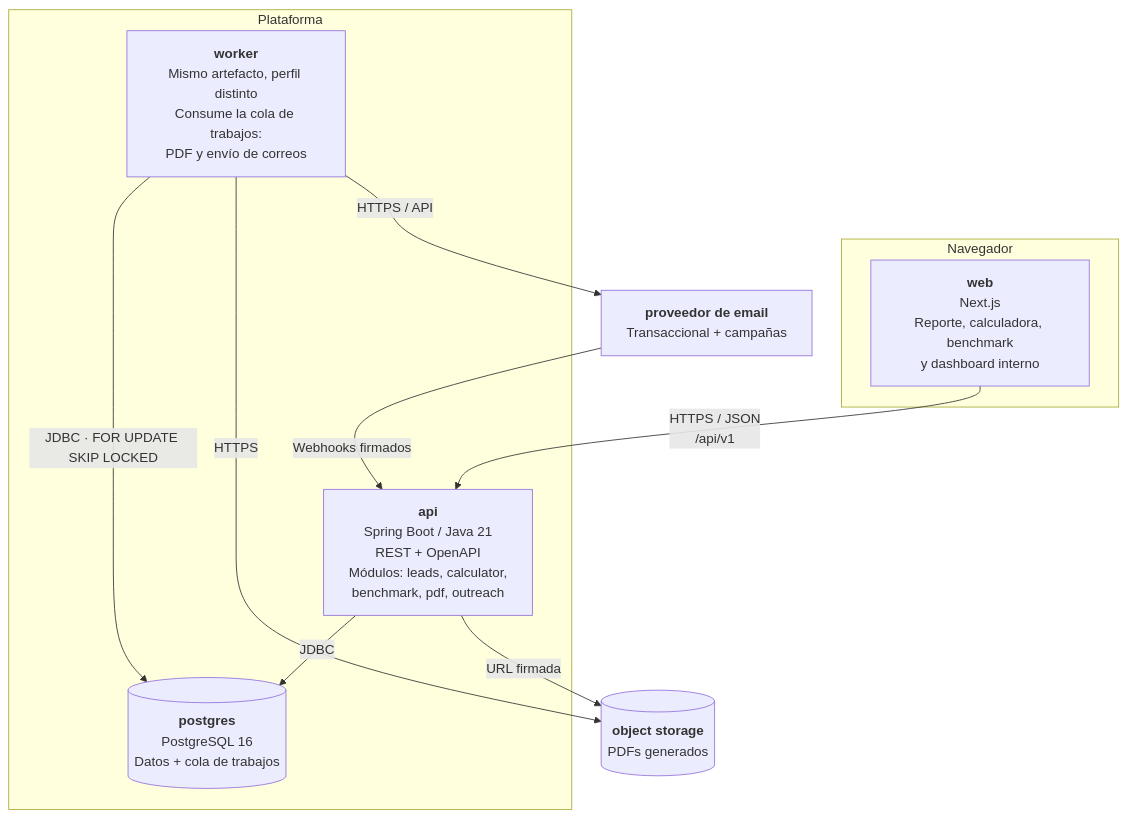
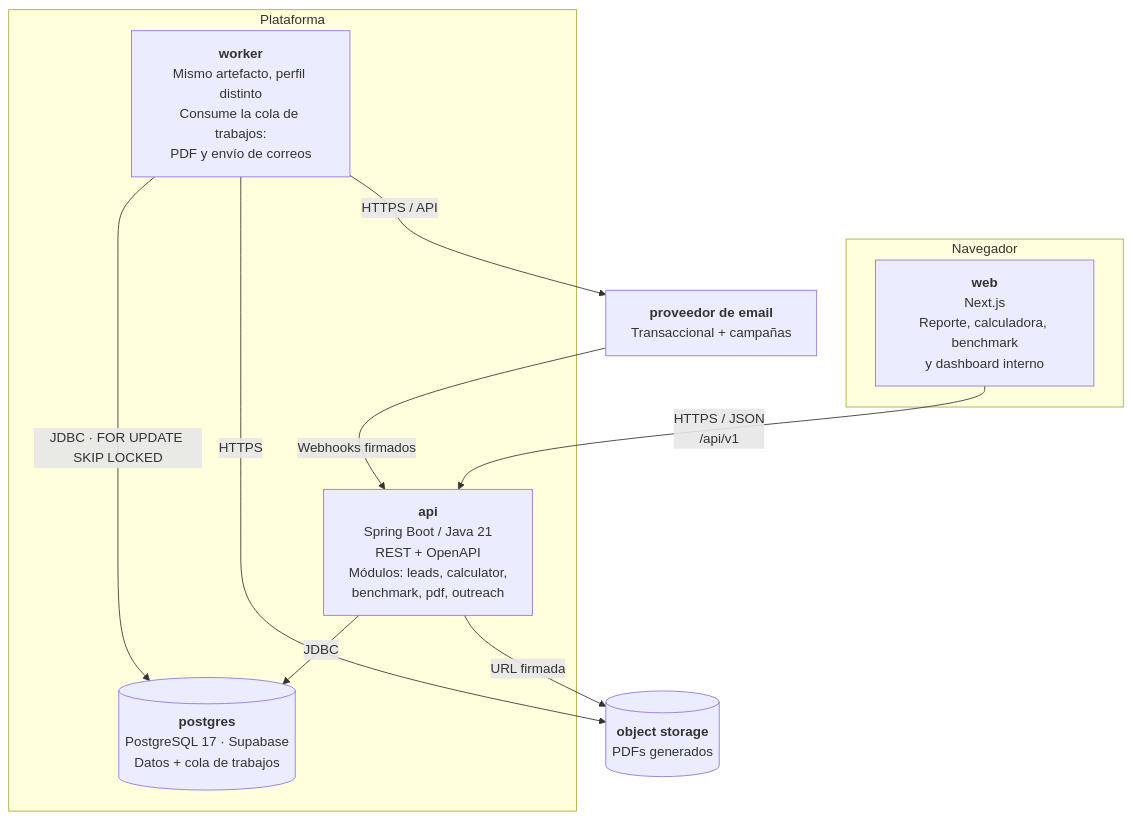
The diagram in docs/architecture/c2-contenedores.md (No-Country-simulation/S07-26-Team-11), drawn with Mermaid before and after one commit. The commit also changed other lines of this file and 4 other files, not shown here.

````diff
--- a/docs/architecture/c2-contenedores.md
+++ b/docs/architecture/c2-contenedores.md
@@ -5,23 +5,23 @@
 ```mermaid
 graph TB
     subgraph cliente["Navegador"]
         WEB["<b>web</b><br/>Next.js<br/>Reporte, calculadora, benchmark<br/>y dashboard interno"]
     end
 
     subgraph plataforma["Plataforma"]
         API["<b>api</b><br/>Spring Boot / Java 21<br/>REST + OpenAPI<br/>Módulos: leads, calculator,<br/>benchmark, pdf, outreach"]
         WORKER["<b>worker</b><br/>Mismo artefacto, perfil distinto<br/>Consume la cola de trabajos:<br/>PDF y envío de correos"]
-        DB[("<b>postgres</b><br/>PostgreSQL 16<br/>Datos + cola de trabajos")]
+        DB[("<b>postgres</b><br/>PostgreSQL 17 · Supabase<br/>Datos + cola de trabajos")]
     end
 
     STORE[("<b>object storage</b><br/>PDFs generados")]
     MAIL["<b>proveedor de email</b><br/>Transaccional + campañas"]
 
     WEB -->|"HTTPS / JSON<br/>/api/v1"| API
     API -->|"JDBC"| DB
     WORKER -->|"JDBC · FOR UPDATE SKIP LOCKED"| DB
     WORKER -->|"HTTPS"| STORE
     WORKER -->|"HTTPS / API"| MAIL
     MAIL -->|"Webhooks firmados"| API
     API -->|"URL firmada"| STORE
 ```
````
